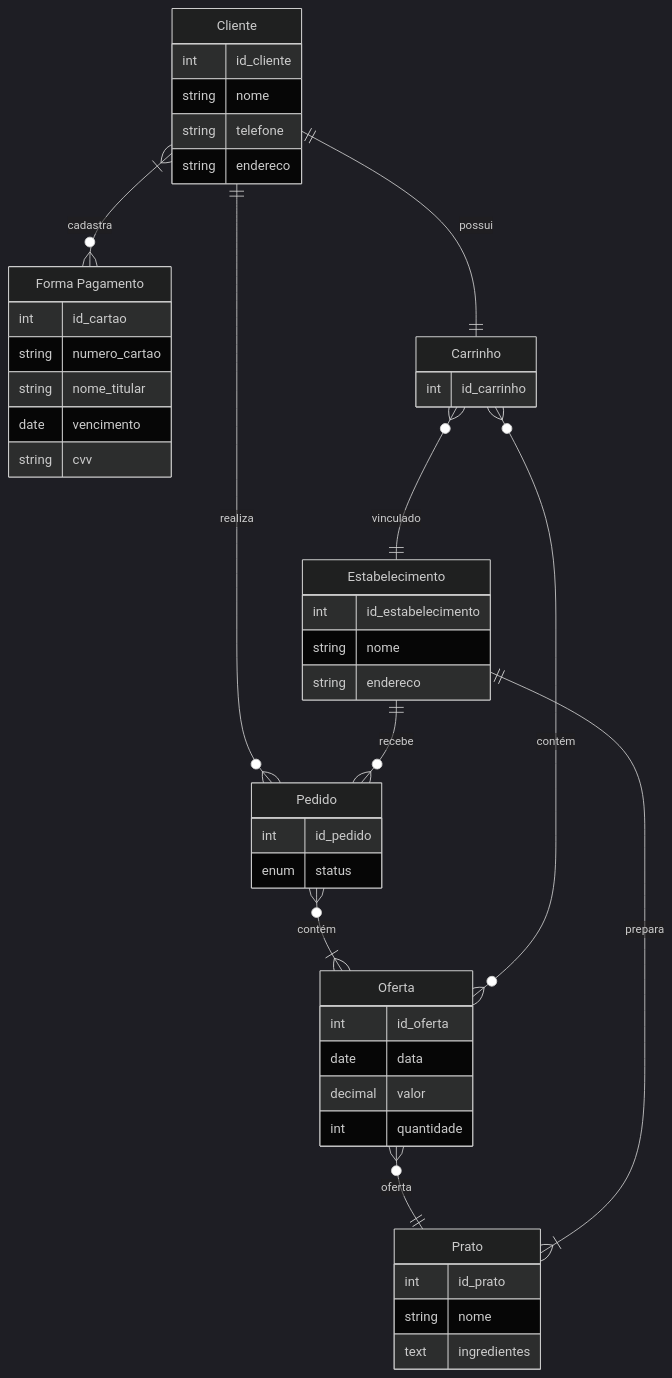
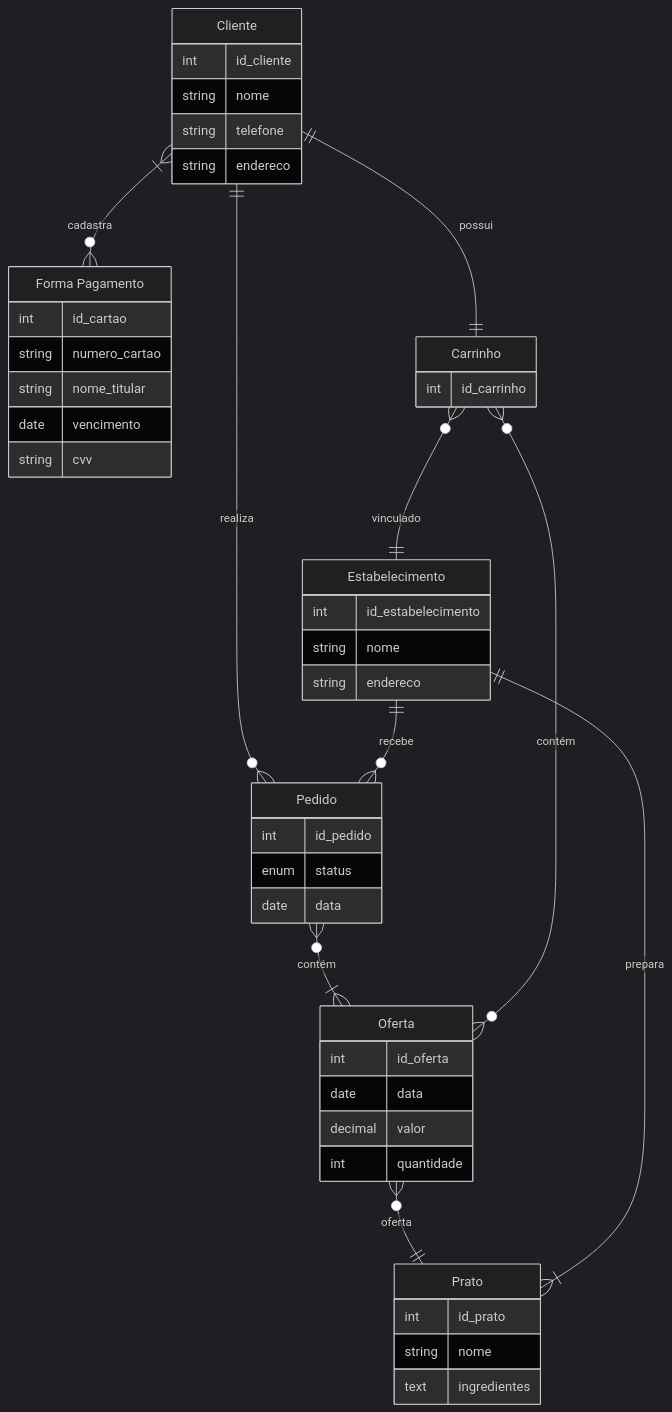
One commit to fabriciomj/desafio-trainee-back changed the diagram in docs/diagrams/entidade_relacionamento.mmd. Above: the diagram before and after it, drawn with Mermaid. The commit also changed 2 other files, not shown here.

Commit message:
Adiciona o campo data à entidade Pedido

```diff
--- a/docs/diagrams/entidade_relacionamento.mmd
+++ b/docs/diagrams/entidade_relacionamento.mmd
@@ -1,57 +1,58 @@
 ---
 config:
   theme: dark
 ---
 erDiagram
   Cliente {
     int id_cliente
     string nome
     string telefone
     string endereco
   }
 
   Forma_Pagamento["Forma Pagamento"]  {
     int id_cartao
     string numero_cartao
     string nome_titular
     date vencimento
     string cvv
   }
 
   Estabelecimento {
     int id_estabelecimento
     string nome
     string endereco
   }
 
   Prato {
     int id_prato
     string nome
     text ingredientes
   }
 
   Pedido {
     int id_pedido
     enum status
+    date data
   }
 
   Oferta {
     int id_oferta
     date data
     decimal valor
     int quantidade
   }
 
   Carrinho {
     int id_carrinho
   }
 
   Cliente }|--o{ Forma_Pagamento : cadastra
   Oferta }o--|| Prato : oferta
   Pedido }o--|{ Oferta : "contém"
   Carrinho }o--o{ Oferta : "contém"
   Cliente ||--|| Carrinho : possui
   Cliente ||--o{ Pedido : realiza
   Estabelecimento ||--o{ Pedido : recebe
   Estabelecimento ||--|{ Prato : prepara
   Carrinho }o--|| Estabelecimento : vinculado
```
